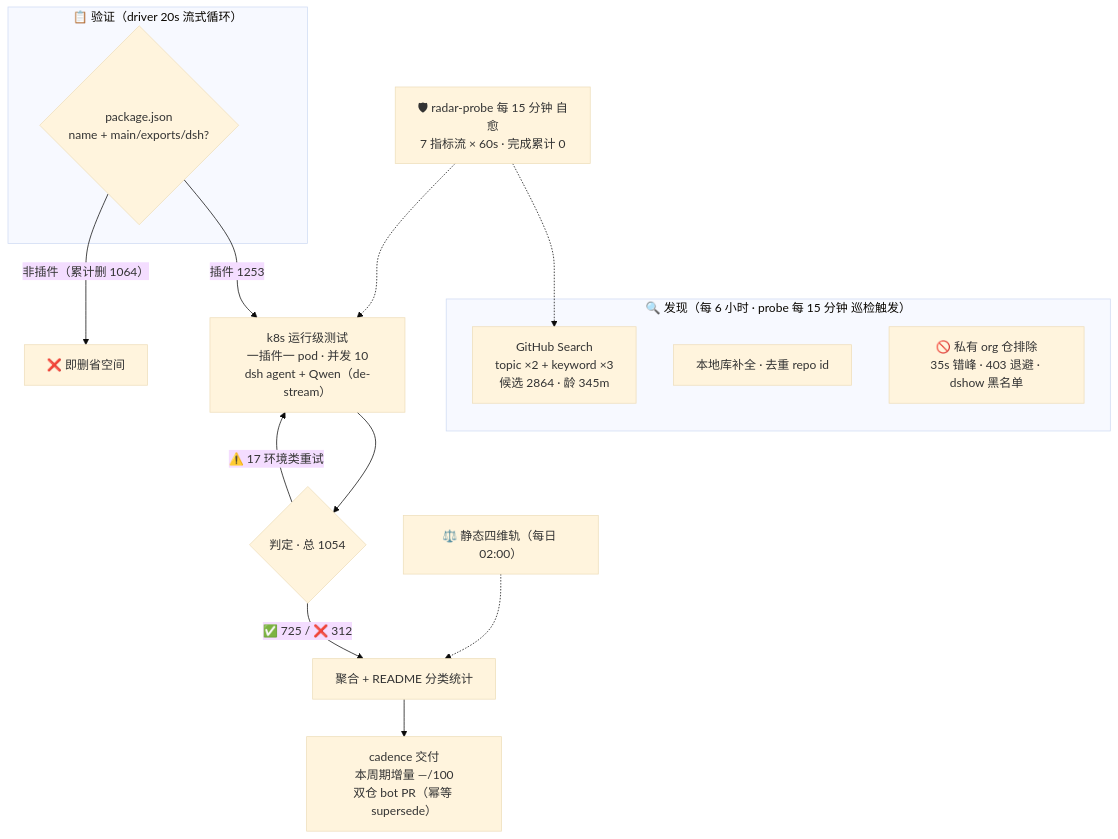
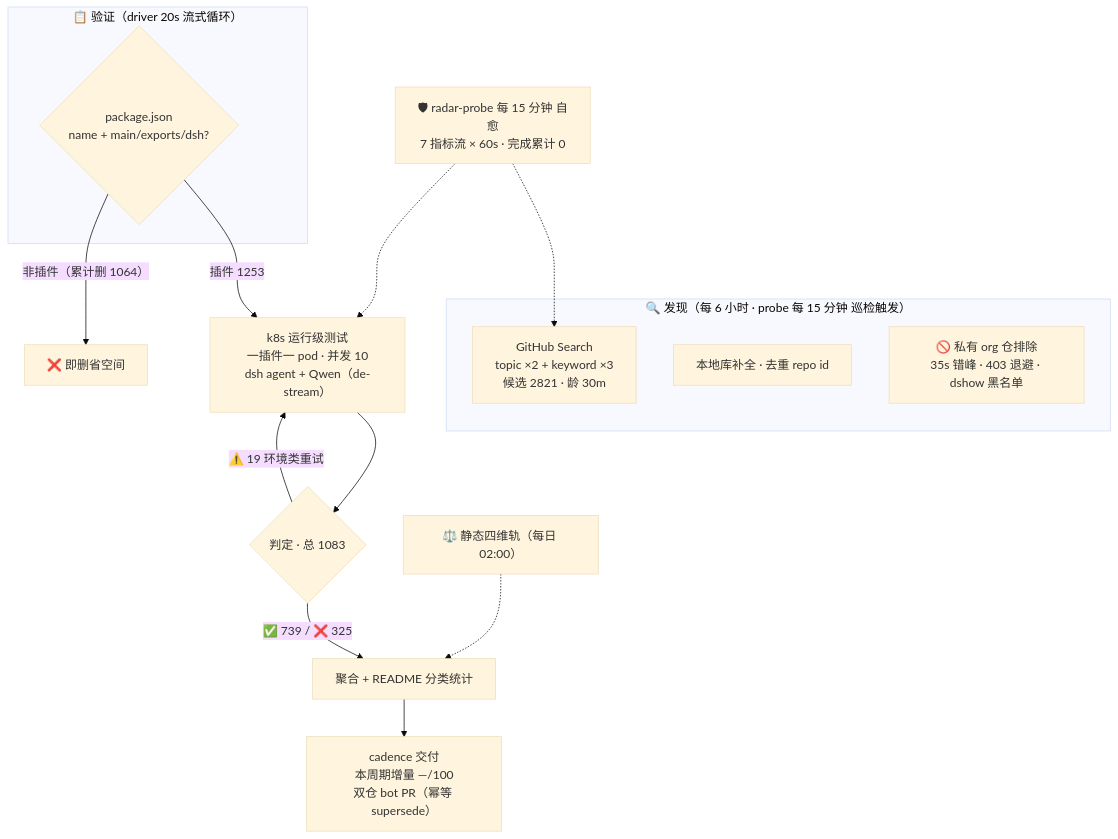
The diagram in README.md (Zhidao-Lab-OSS/awesome-dsh-plugins), drawn with Mermaid (base theme) before and after one commit. The commit also changed other lines of this file and 1 other file, not shown here.

````diff
--- a/README.md
+++ b/README.md
@@ -32,20 +32,20 @@
 ```mermaid
 flowchart TB
     subgraph Discovery["🔍 发现（每 6 小时 · probe 每 15 分钟 巡检触发）"]
-        A1["GitHub Search<br/>topic ×2 + keyword ×3<br/>候选 2864 · 龄 345m"]
+        A1["GitHub Search<br/>topic ×2 + keyword ×3<br/>候选 2821 · 龄 30m"]
         A2["本地库补全 · 去重 repo id"]
         A3["🚫 私有 org 仓排除<br/>35s 错峰 · 403 退避 · dshow 黑名单"]
     end
     subgraph Validation["📋 验证（driver 20s 流式循环）"]
         B1{"package.json<br/>name + main/exports/dsh?"}
     end
     B1 -->|"插件 1253"| C1["k8s 运行级测试<br/>一插件一 pod · 并发 10<br/>dsh agent + Qwen（de-stream）"]
     B1 -->|"非插件（累计删 1064）"| B3["❌ 即删省空间"]
-    C1 --> D1{"判定 · 总 1054"}
-    D1 -->|"✅ 725 / ❌ 312"| E1["聚合 + README 分类统计"]
-    D1 -->|"⚠️ 17 环境类重试"| C1
+    C1 --> D1{"判定 · 总 1083"}
+    D1 -->|"✅ 739 / ❌ 325"| E1["聚合 + README 分类统计"]
+    D1 -->|"⚠️ 19 环境类重试"| C1
     E1 --> E2["cadence 交付<br/>本周期增量 —/100<br/>双仓 bot PR（幂等 supersede）"]
     S["⚖️ 静态四维轨（每日 02:00）"] -.-> E1
     M["🛡 radar-probe 每 15 分钟 自愈<br/>7 指标流 × 60s · 完成累计 0"] -.-> A1
     M -.-> C1
 ```
````
